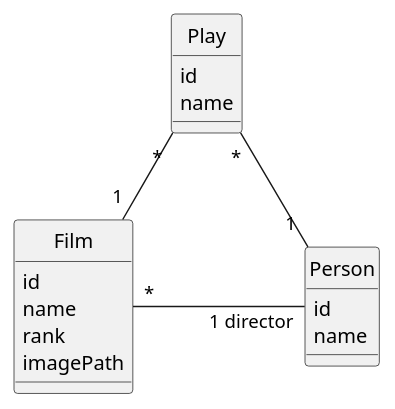
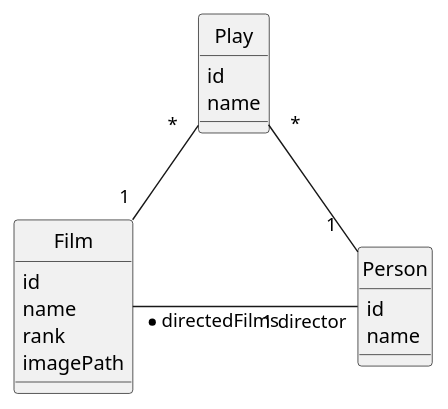
Before and after one commit to IAmTerror/cinema: the diagram in src/main/java/fr/iat/tpcinema/doc/cinema_diagclass.puml, drawn with PlantUML. The commit also changed 6 other files, not shown here.

```diff
--- a/src/main/java/fr/iat/tpcinema/doc/cinema_diagclass.puml
+++ b/src/main/java/fr/iat/tpcinema/doc/cinema_diagclass.puml
@@ -1,24 +1,24 @@
 @startuml
 class Play {
 id
 name
 }
 
 class Film {
 id
 name
 rank
 imagePath
 }
 
 class Person {
 id
 name
 }
 
-Play " * " -- " 1 " Person
-Play " * " -- " 1 " Film
+Play "  *  " -- "  1  " Person
+Play "  *  " -- "  1  " Film
 
-Film "*" - "1 director" Person :"                         "
+Film "* directedFilms" - "1 director" Person :"                                    "
 hide circle
 @enduml
```
